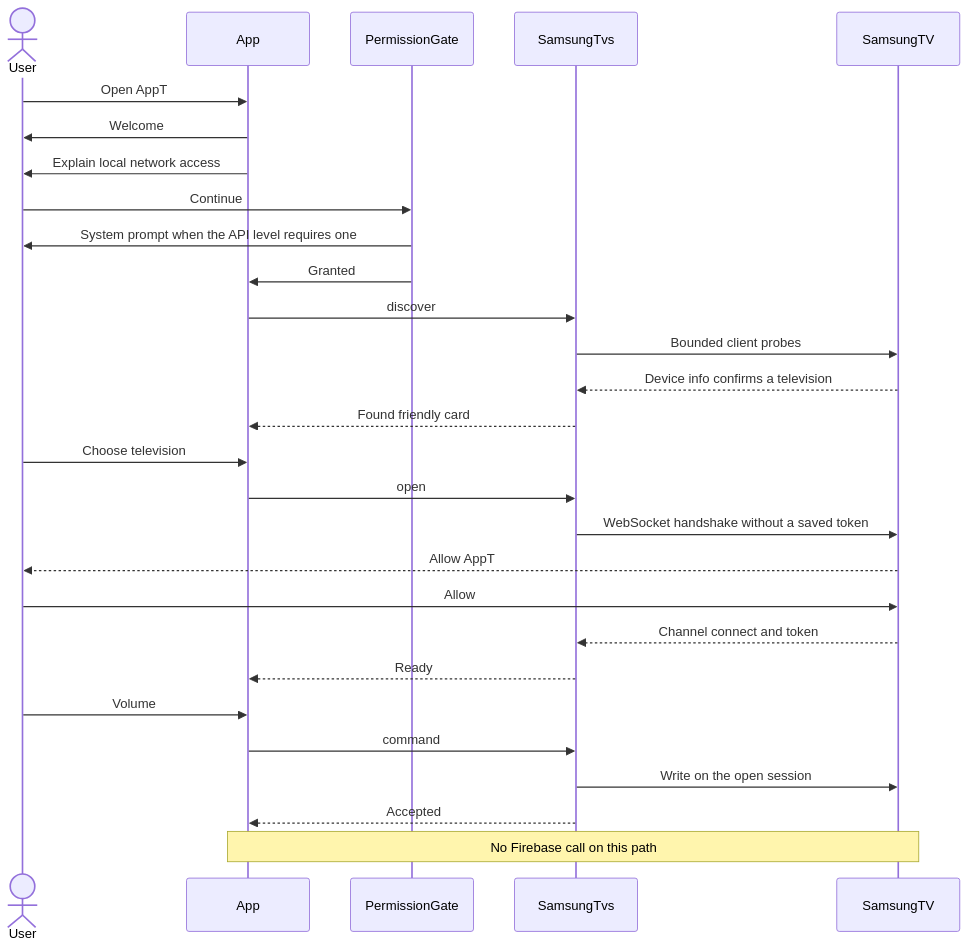
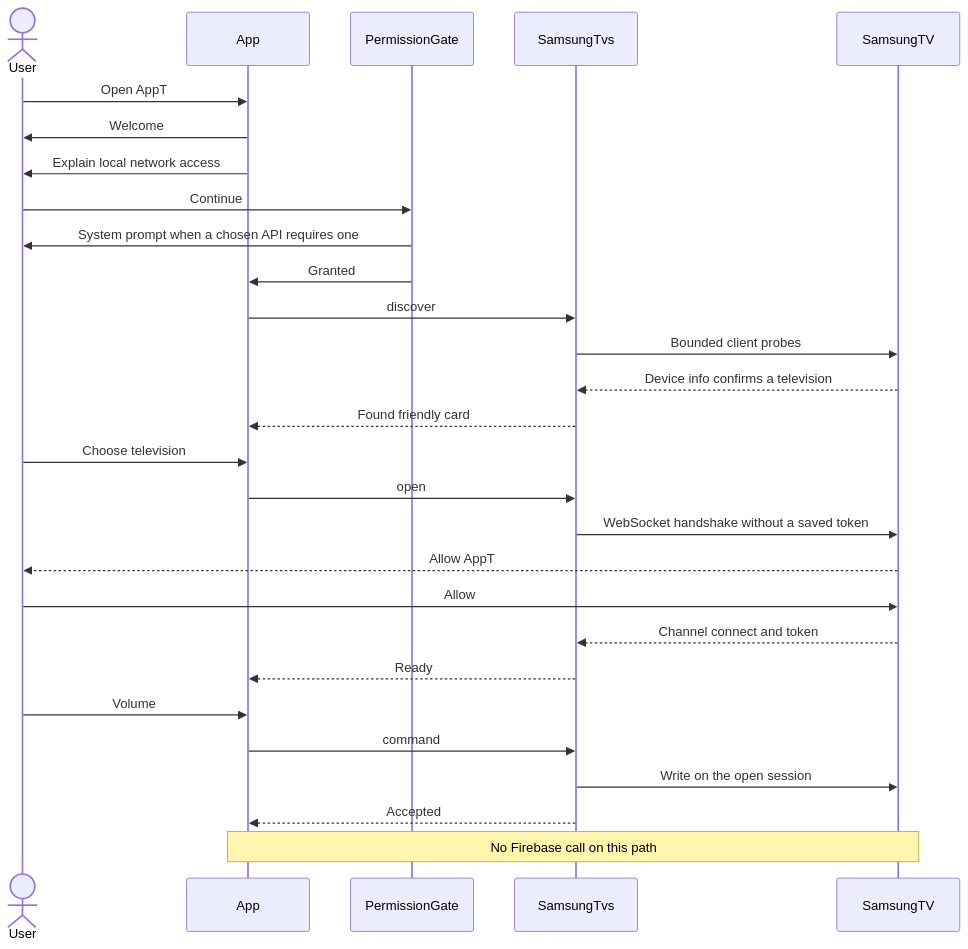
The first of 3 diagrams in docs/architecture/flows.md (anthracite-labs/AppT), drawn with Mermaid before and after one commit. The commit also changed other lines of this file and 11 other files, not shown here.

First line of the commit message:
Revise sync, permission, and account-gate architecture

````diff
--- a/docs/architecture/flows.md
+++ b/docs/architecture/flows.md
@@ -13,30 +13,30 @@
 ```mermaid
 sequenceDiagram
   actor User
   participant App
   participant Gate as PermissionGate
   participant Samsung as SamsungTvs
   participant TV as SamsungTV
   User->>App: Open AppT
   App->>User: Welcome
   App->>User: Explain local network access
   User->>Gate: Continue
-  Gate->>User: System prompt when the API level requires one
+  Gate->>User: System prompt when a chosen API requires one
   Gate->>App: Granted
   App->>Samsung: discover
   Samsung->>TV: Bounded client probes
   TV-->>Samsung: Device info confirms a television
   Samsung-->>App: Found friendly card
   User->>App: Choose television
   App->>Samsung: open
   Samsung->>TV: WebSocket handshake without a saved token
   TV-->>User: Allow AppT
   User->>TV: Allow
   TV-->>Samsung: Channel connect and token
   Samsung-->>App: Ready
   User->>App: Volume
   App->>Samsung: command
   Samsung->>TV: Write on the open session
   Samsung-->>App: Accepted
   Note over App,TV: No Firebase call on this path
 ```
````
